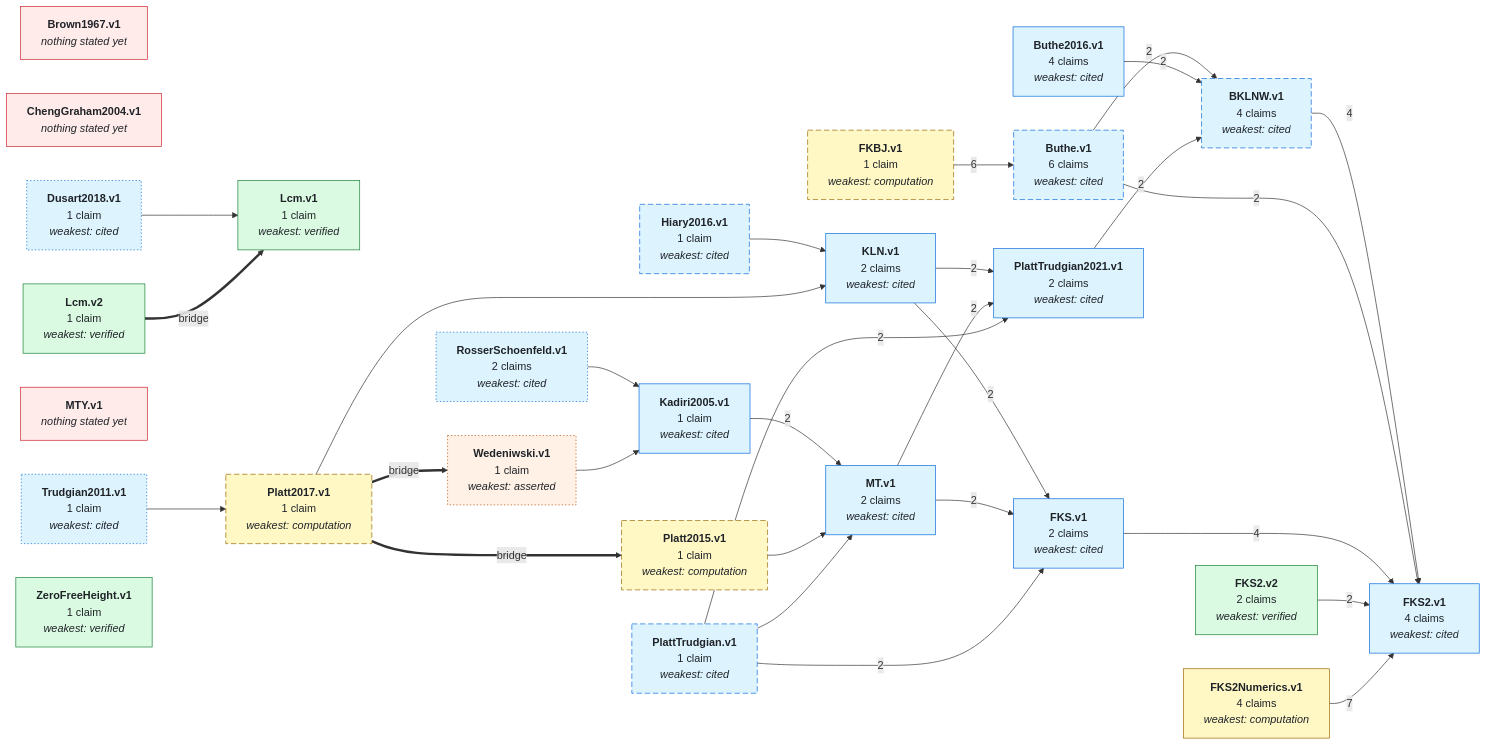
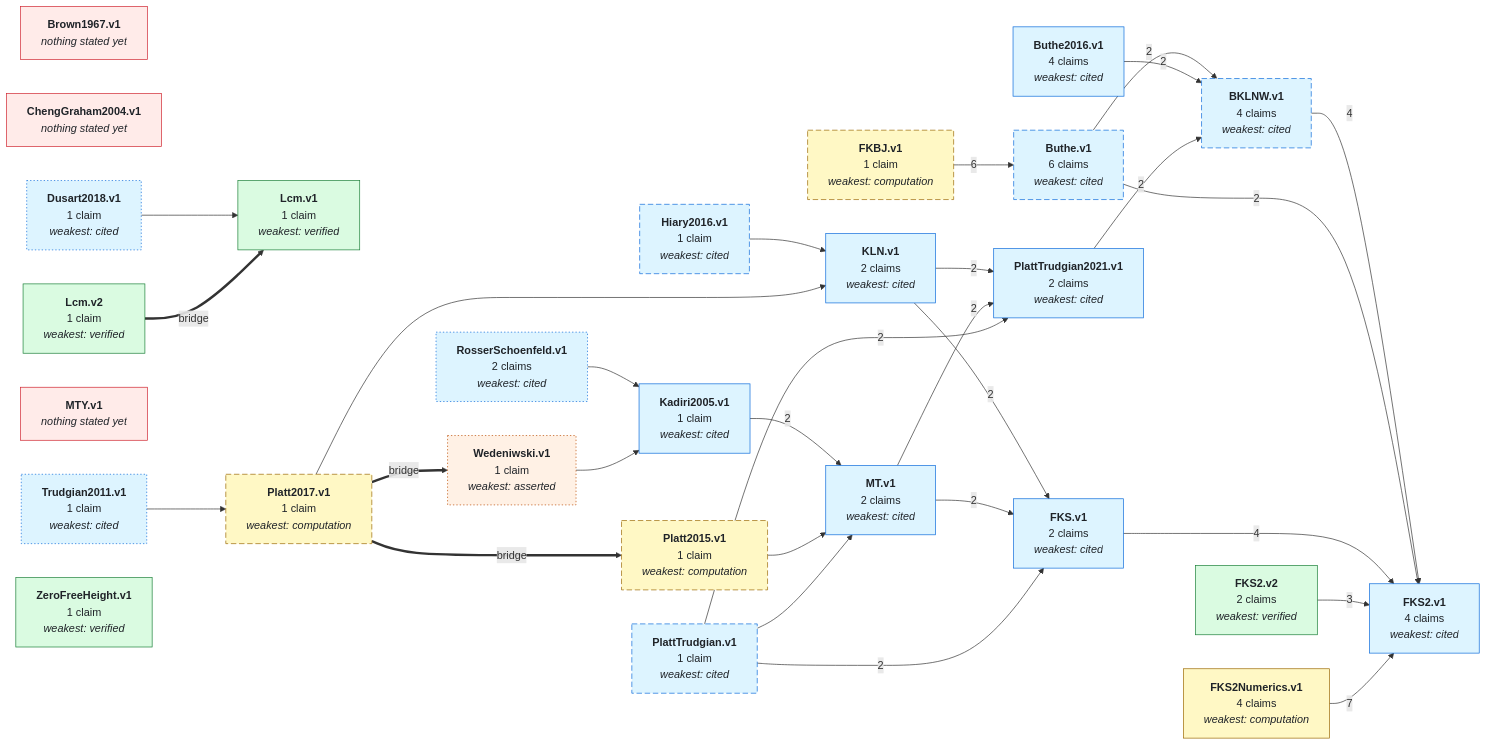
Before and after one commit to teorth/IEANTN: the first of 2 diagrams in GRAPH.md, drawn with Mermaid. The commit also changed other lines of this file and 7 other files, not shown here.

```diff
--- a/GRAPH.md
+++ b/GRAPH.md
@@ -75,7 +75,7 @@
   NDusart2018_v1 --> NLcm_v1
   NFKBJ_v1 -->|6| NButhe_v1
   NFKS_v1 -->|4| NFKS2_v1
-  NFKS2_v2 -->|2| NFKS2_v1
+  NFKS2_v2 -->|3| NFKS2_v1
   NFKS2Numerics_v1 -->|7| NFKS2_v1
   NHiary2016_v1 --> NKLN_v1
   NKLN_v1 -->|2| NFKS_v1
```
